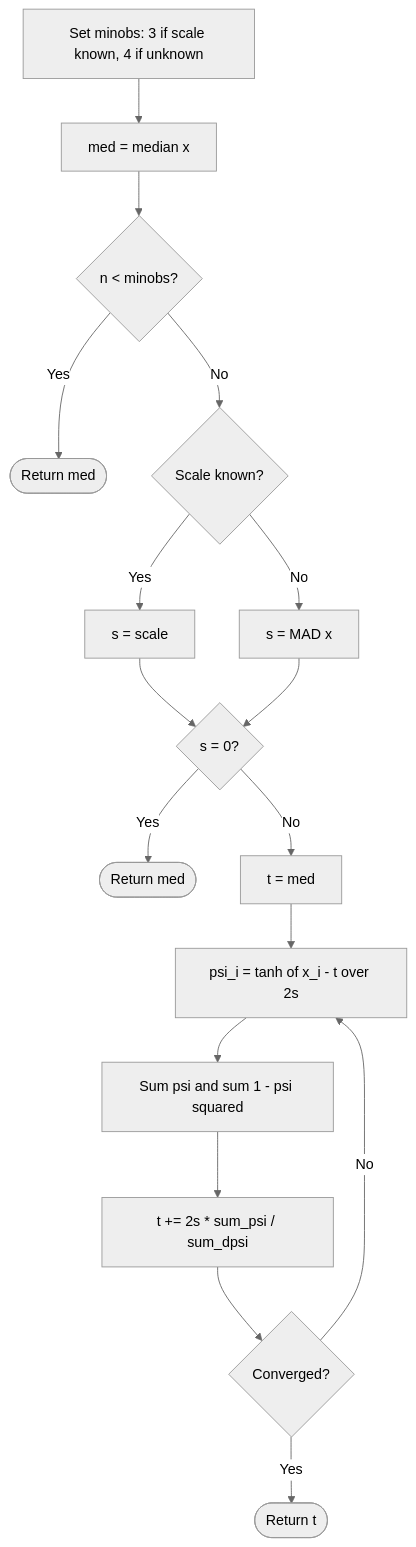
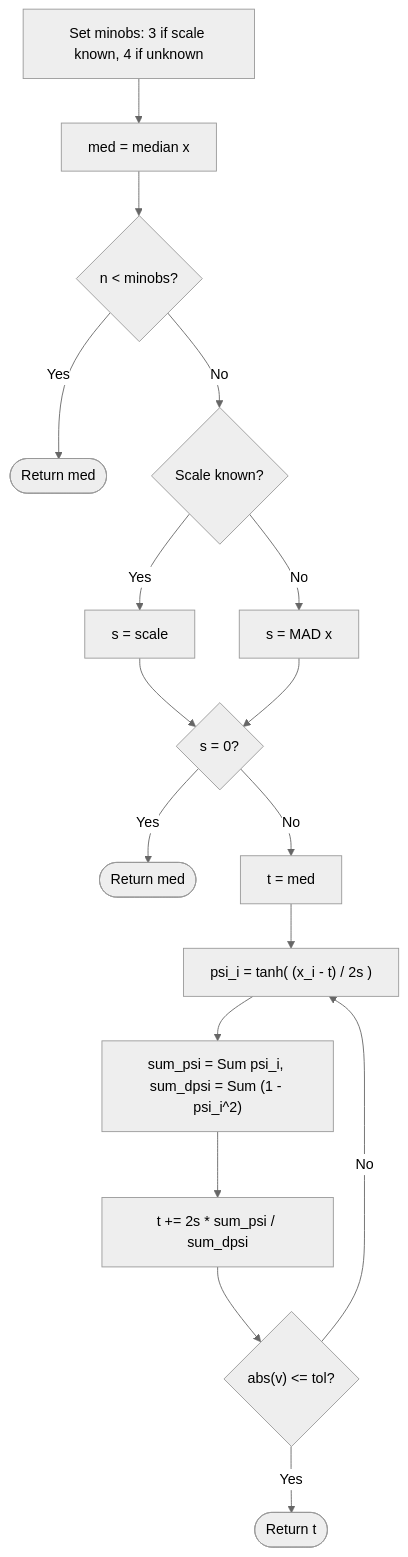
One commit to davdittrich/robscale changed the first of 2 diagrams in README.md. Above: the diagram before and after it, drawn with Mermaid (neutral theme). The commit also changed other lines of this file, not shown here.

Commit message:
Fix diagram accuracy: missing 2 in tanh arg, restore convergence criteria

````diff
--- a/README.md
+++ b/README.md
@@ -114,19 +114,19 @@
 ```mermaid
 flowchart TD
     A[Set minobs: 3 if scale known, 4 if unknown] --> B[med = median x]
     B --> C{n < minobs?}
     C -- Yes --> D([Return med])
     C -- No --> E{Scale known?}
     E -- Yes --> F[s = scale]
     E -- No --> G[s = MAD x]
     F --> H{s = 0?}
     G --> H
     H -- Yes --> I([Return med])
     H -- No --> J[t = med]
-    J --> K[psi_i = tanh of x_i - t over 2s]
-    K --> L[Sum psi and sum 1 - psi squared]
-    L --> M[t += 2s * sum_psi / sum_dpsi]
-    M --> N{Converged?}
+    J --> K["psi_i = tanh( (x_i - t) / 2s )"]
+    K --> L["sum_psi = Sum psi_i, sum_dpsi = Sum (1 - psi_i^2)"]
+    L --> M["t += 2s * sum_psi / sum_dpsi"]
+    M --> N{"abs(v) <= tol?"}
     N -- No --> K
     N -- Yes --> O([Return t])
 ```
````
